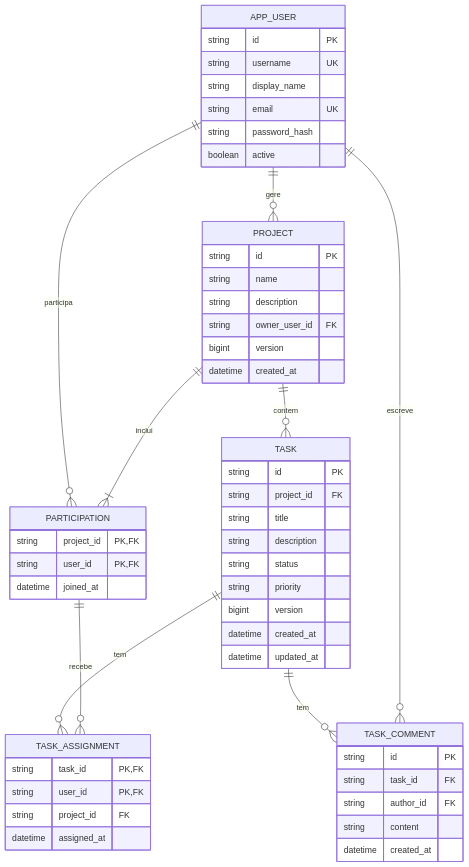
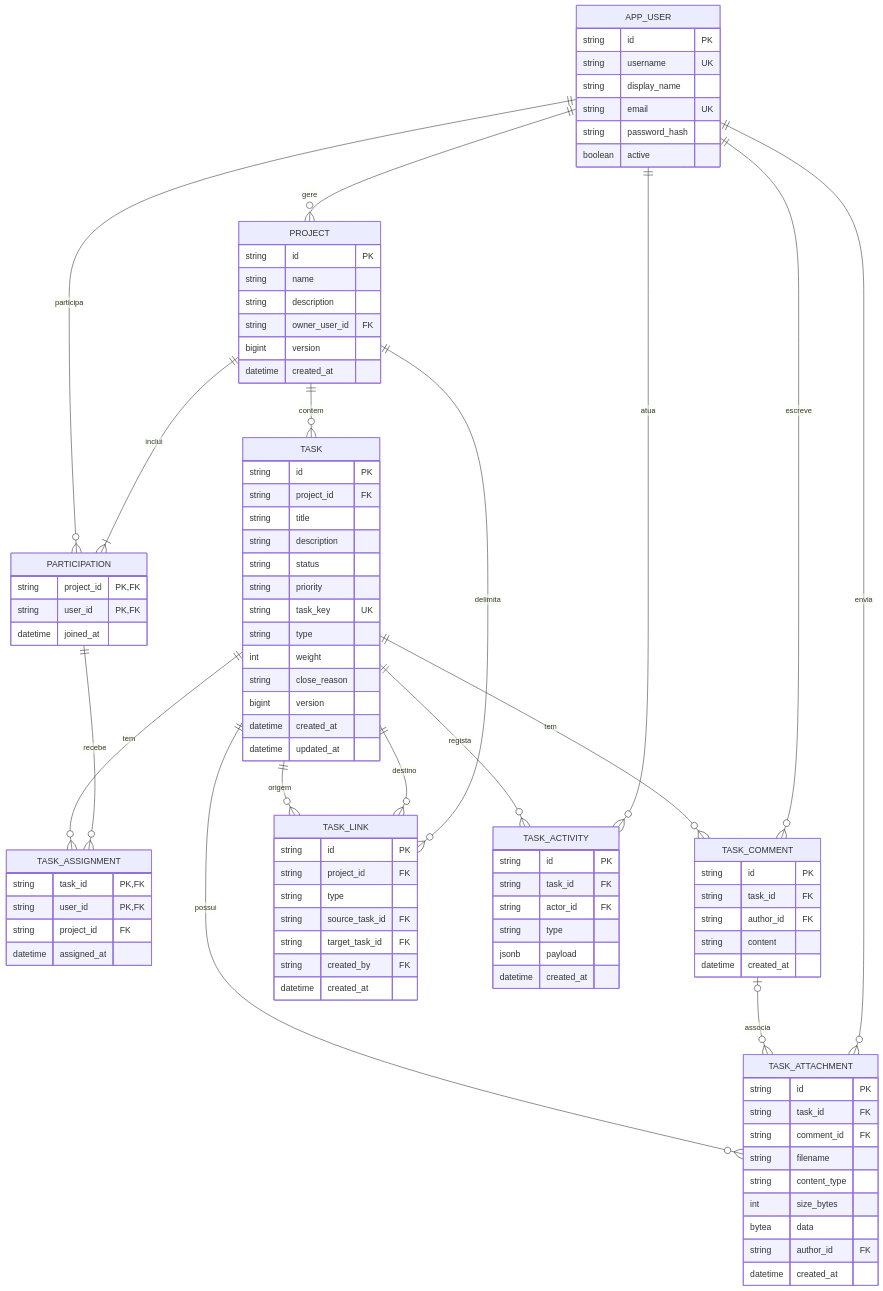
One commit to Fibigor/matriz changed the first of 2 diagrams in docs/database.md. Above: the diagram before and after it, drawn with Mermaid. The commit also changed other lines of this file and 47 other files, not shown here.

````diff
--- a/docs/database.md
+++ b/docs/database.md
@@ -25,6 +36,14 @@
     PARTICIPATION ||--o{ TASK_ASSIGNMENT : recebe
     TASK ||--o{ TASK_COMMENT : tem
     APP_USER ||--o{ TASK_COMMENT : escreve
+    TASK ||--o{ TASK_LINK : origem
+    TASK ||--o{ TASK_LINK : destino
+    PROJECT ||--o{ TASK_LINK : delimita
+    TASK ||--o{ TASK_ATTACHMENT : possui
+    TASK_COMMENT o|--o{ TASK_ATTACHMENT : associa
+    APP_USER ||--o{ TASK_ATTACHMENT : envia
+    TASK ||--o{ TASK_ACTIVITY : regista
+    APP_USER ||--o{ TASK_ACTIVITY : atua
     APP_USER {
         string id PK
         string username UK
@@ -53,6 +72,10 @@
         string description
         string status
         string priority
+        string task_key UK
+        string type
+        int weight
+        string close_reason
         bigint version
         datetime created_at
         datetime updated_at
@@ -70,4 +93,32 @@
         string content
         datetime created_at
     }
+    TASK_LINK {
+        string id PK
+        string project_id FK
+        string type
+        string source_task_id FK
+        string target_task_id FK
+        string created_by FK
+        datetime created_at
+    }
+    TASK_ATTACHMENT {
+        string id PK
+        string task_id FK
+        string comment_id FK
+        string filename
+        string content_type
+        int size_bytes
+        bytea data
+        string author_id FK
+        datetime created_at
+    }
+    TASK_ACTIVITY {
+        string id PK
+        string task_id FK
+        string actor_id FK
+        string type
+        jsonb payload
+        datetime created_at
+    }
 ```
````
